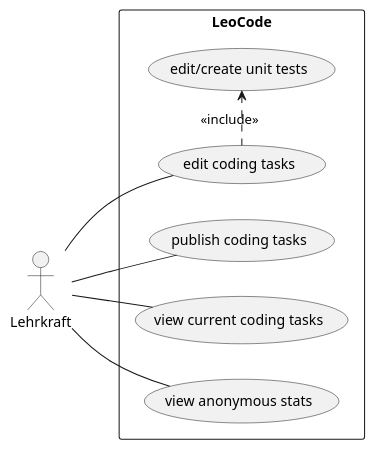
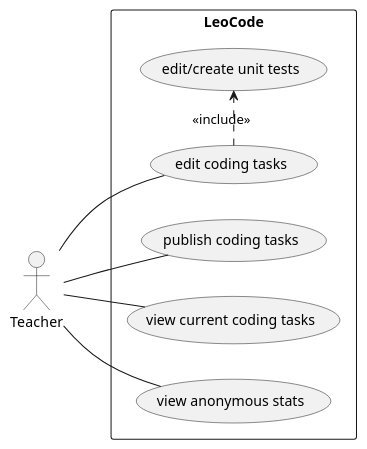
One commit to Musikfreunde/asciidoctor-docker-slides changed the first of 2 diagrams in asciidocs-slides/index.adoc. Above: the diagram before and after it, drawn with PlantUML. The commit also changed other lines of this file, not shown here.

```diff
--- a/asciidocs-slides/index.adoc
+++ b/asciidocs-slides/index.adoc
@@ -41,20 +41,20 @@
 [plantuml]
 ----
 
 @startuml
 
 left to right direction
-:Lehrkraft:
+:Teacher:
 
 rectangle LeoCode{
 
-Lehrkraft -- (publish coding tasks)
-Lehrkraft -- (view current coding tasks)
-Lehrkraft -- (edit coding tasks)
-Lehrkraft -- (view anonymous stats)
+Teacher -- (publish coding tasks)
+Teacher -- (view current coding tasks)
+Teacher -- (edit coding tasks)
+Teacher -- (view anonymous stats)
 (edit coding tasks) .> (edit/create unit tests) : <<include>>
 
 }
 
 @enduml
 ----
```
